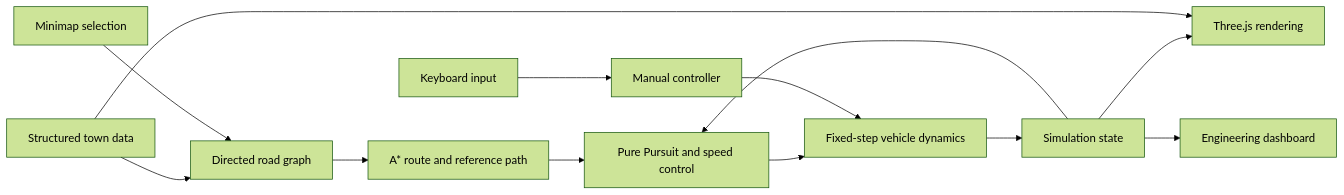
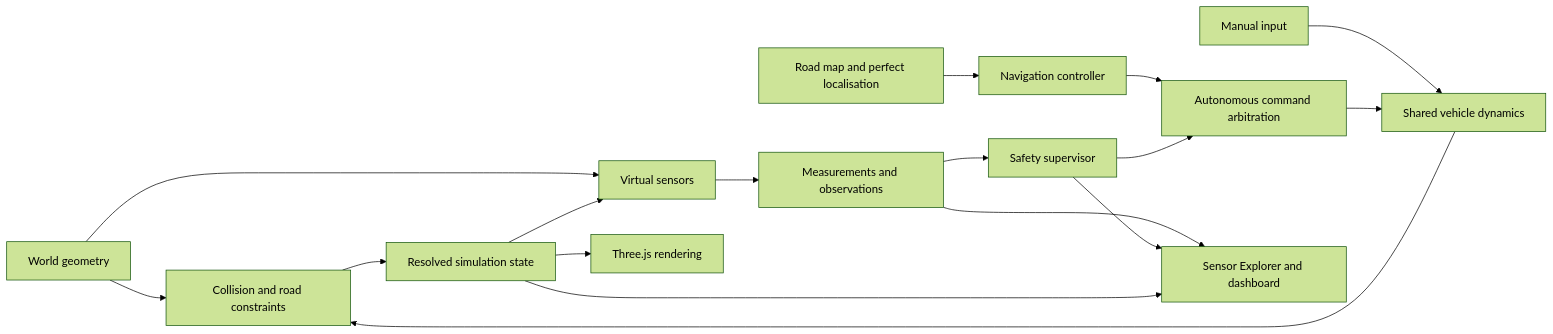
One commit to AsherFerdinand/VECTOR changed the diagram in README.md. Above: the diagram before and after it, drawn with Mermaid (forest theme). The commit also changed other lines of this file and 37 other files, not shown here.

Commit message:
feat: complete VECTOR collision engineering and virtual perception

````diff
--- a/README.md
+++ b/README.md
@@ -88,15 +103,19 @@
 ```mermaid
 flowchart LR
-    M[Structured town data] --> G[Directed road graph]
-    U[Minimap selection] --> G
-    G --> A[A* route and reference path]
-    A --> C[Pure Pursuit and speed control]
-    K[Keyboard input] --> B[Manual controller]
-    C --> S[Fixed-step vehicle dynamics]
-    B --> S
-    S --> T[Simulation state]
+    W[World geometry] --> P[Collision and road constraints]
+    W --> V[Virtual sensors]
+    V --> O[Measurements and observations]
+    O --> S[Safety supervisor]
+    M[Road map and perfect localisation] --> N[Navigation controller]
+    N --> C[Autonomous command arbitration]
+    S --> C
+    K[Manual input] --> D[Shared vehicle dynamics]
+    C --> D
+    D --> P
+    P --> T[Resolved simulation state]
+    T --> V
     T --> R[Three.js rendering]
-    T --> D[Engineering dashboard]
-    T --> C
-    M --> R
+    O --> U[Sensor Explorer and dashboard]
+    S --> U
+    T --> U
 ```
````
